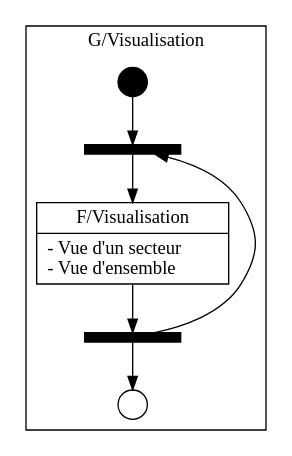
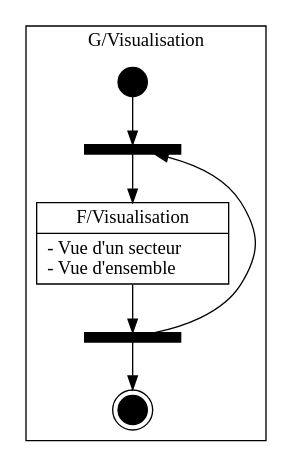
The diagram in DEF/src/img/Visualisation.dot (modSquad/ihm), drawn with Graphviz before and after one commit. The commit also changed 20 other files, not shown here.

```diff
--- a/DEF/src/img/Visualisation.dot
+++ b/DEF/src/img/Visualisation.dot
@@ -1,66 +1,68 @@
 digraph {
 	
 	fontname = "Bitstream Vera Sans"
 	
 	node [
 		fontname = "Bitstream Vera Sans"
 		shape = "record"
 	]
 	
 	edge [
 		fontname = "Bitstream Vera Sans"
 	]
 
 	subgraph clusterVisualisation {
 		label = "G/Visualisation"
 		
 		begin [
 			label = ""
 			shape = circle
 			style = filled
 			fillcolor = "#000000"
 			fixedsize = true
 			width = 0.3
 		]
 
 		end [
 			label = ""
-			shape = circle
+			shape = doublecircle
+			style = filled
+			fillcolor = "#000000"
 			fixedsize = true
 			width = 0.3
 		]
 				
 		up [
 			label = ""
 			shape = rectangle
 			style = filled
 			fillcolor = "#000000"
 			fixedsize = true
 			width = 1
 			height = 0.1
 		]
 	
 		down [
 			label = ""
 			shape = rectangle
 			style = filled
 			fillcolor = "#000000"
 			fixedsize = true
 			width = 1
 			height = 0.1
 		]
 		
 		Visualisation [
 			label = "{F/Visualisation|- Vue d'un secteur\l- Vue d'ensemble\l}"
 		]
 		
 	}
 
 	begin -> up
 	
 	up -> Visualisation -> down
 	
 	down -> up [ constraint = false ]
 	down -> end
 	
 }
```
